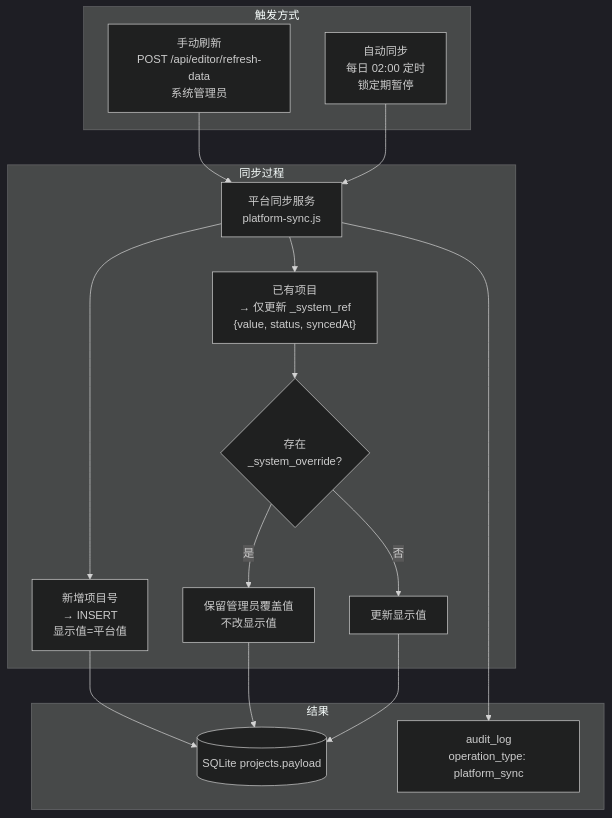
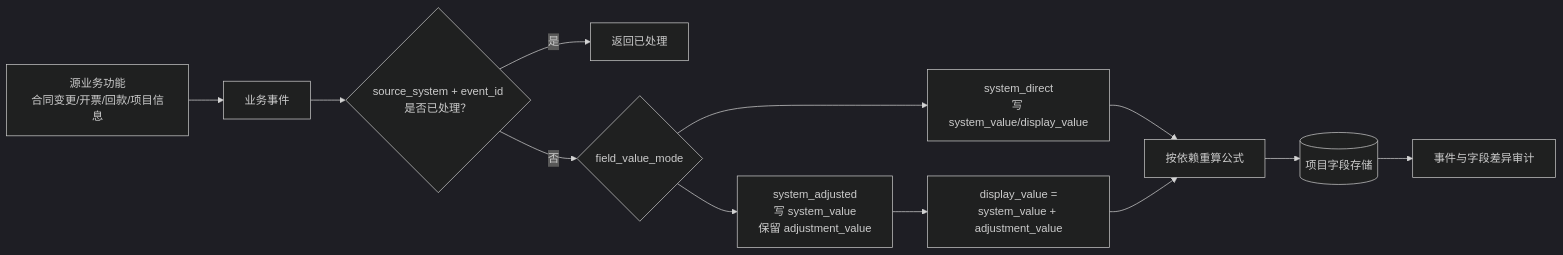
One commit to marcelxu0272/202605_project-tracking-table changed the fourth of 15 diagrams in docs/需求文档/需求文档_开发版.md. Above: the diagram before and after it, drawn with Mermaid (dark theme). The commit also changed other lines of this file and 20 other files, not shown here.

````diff
--- a/docs/需求文档/需求文档_开发版.md
+++ b/docs/需求文档/需求文档_开发版.md
@@ -348,33 +357,14 @@
 ```mermaid
-flowchart TD
-    subgraph 触发方式
-        MANUAL["手动刷新<br/>POST /api/editor/refresh-data<br/>系统管理员"]
-        AUTO["自动同步<br/>每日 02:00 定时<br/>锁定期暂停"]
-    end
-
-    subgraph 同步过程
-        SYNC["平台同步服务<br/>platform-sync.js"]
-        NEW["新增项目号<br/>→ INSERT<br/>显示值=平台值"]
-        REF["已有项目<br/>→ 仅更新 _system_ref<br/>{value, status, syncedAt}"]
-        OVERRIDE{"存在<br/>_system_override?"}
-        KEEP["保留管理员覆盖值<br/>不改显示值"]
-        UPDATE["更新显示值"]
-    end
-
-    subgraph 结果
-        DB[("SQLite projects.payload")]
-        AUDIT_LOG["audit_log<br/>operation_type: platform_sync"]
-    end
-
-    MANUAL --> SYNC
-    AUTO --> SYNC
-    SYNC --> NEW
-    SYNC --> REF
-    REF --> OVERRIDE
-    OVERRIDE -->|是| KEEP
-    OVERRIDE -->|否| UPDATE
-    NEW --> DB
-    KEEP --> DB
-    UPDATE --> DB
-    SYNC --> AUDIT_LOG
+flowchart LR
+    SOURCE["源业务功能<br/>合同变更/开票/回款/项目信息"] --> EVENT["业务事件"]
+    EVENT --> IDEMPOTENT{"source_system + event_id<br/>是否已处理？"}
+    IDEMPOTENT -->|是| DONE["返回已处理"]
+    IDEMPOTENT -->|否| TYPE{"field_value_mode"}
+    TYPE --> DIRECT["system_direct<br/>写 system_value/display_value"]
+    TYPE --> ADJUSTED["system_adjusted<br/>写 system_value<br/>保留 adjustment_value"]
+    ADJUSTED --> DISPLAY["display_value =<br/>system_value + adjustment_value"]
+    DIRECT --> FORMULA["按依赖重算公式"]
+    DISPLAY --> FORMULA
+    FORMULA --> DB[("项目字段存储")]
+    DB --> AUDIT["事件与字段差异审计"]
 ```
````
